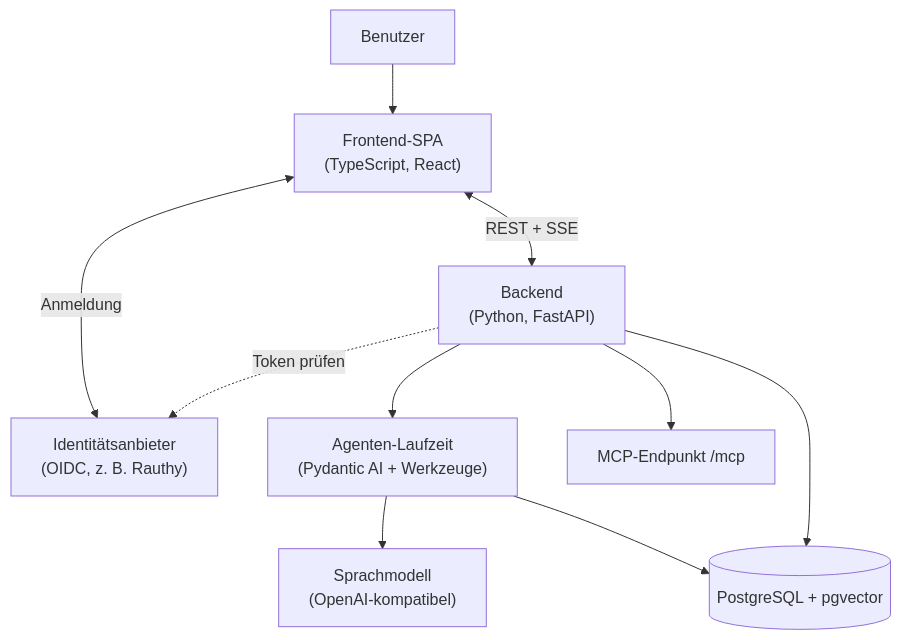
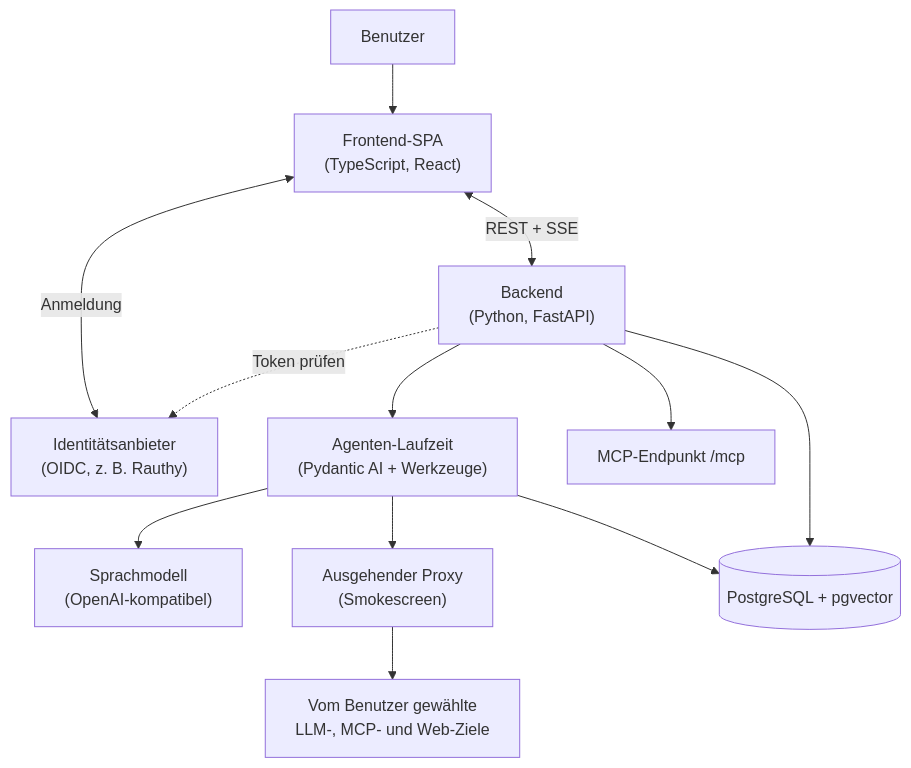
One commit to dfki-ebls/hivegent changed the diagram in docs/src/de/architecture.md. Above: the diagram before and after it, drawn with Mermaid. The commit also changed other lines of this file and 31 other files, not shown here.

Commit message:
feat(backend): move outbound web hardening to smokescreen service

````diff
--- a/docs/src/de/architecture.md
+++ b/docs/src/de/architecture.md
@@ -6,21 +6,25 @@
 ```mermaid
 flowchart TD
     user[Benutzer]
     browser["Frontend-SPA<br/>(TypeScript, React)"]
     oidc["Identitätsanbieter<br/>(OIDC, z. B. Rauthy)"]
     backend["Backend<br/>(Python, FastAPI)"]
     agent["Agenten-Laufzeit<br/>(Pydantic AI + Werkzeuge)"]
     mcp["MCP-Endpunkt /mcp"]
     db[("PostgreSQL + pgvector")]
     llm["Sprachmodell<br/>(OpenAI-kompatibel)"]
+    egress["Ausgehender Proxy<br/>(Smokescreen)"]
+    external["Vom Benutzer gewählte<br/>LLM-, MCP- und Web-Ziele"]
 
     user --> browser
     browser <-->|Anmeldung| oidc
     browser <-->|REST + SSE| backend
     backend -.->|Token prüfen| oidc
     backend --> agent
     backend --> mcp
     agent --> llm
+    agent --> egress
+    egress --> external
     agent --> db
     backend --> db
 ```
````
